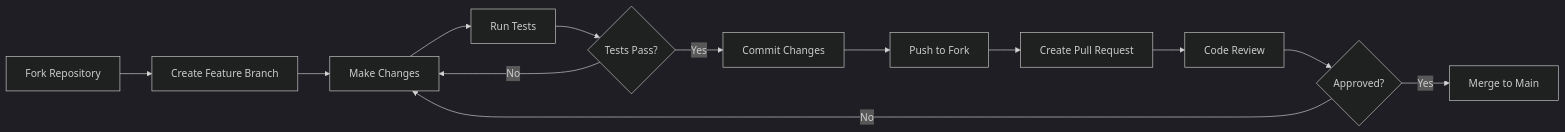
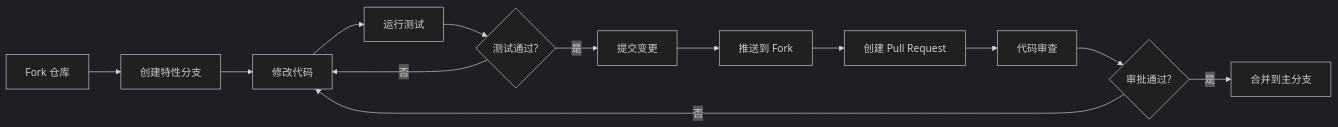
The third of 3 diagrams in README.md (gdmuna/nestjs-demo-basic), drawn with Mermaid (dark theme) before and after one commit. The commit also changed other lines of this file and 1 other file, not shown here.

````diff
--- a/README.md
+++ b/README.md
@@ -355,15 +355,15 @@
 ```mermaid
 flowchart LR
-    A[Fork Repository] --> B[Create Feature Branch]
-    B --> C[Make Changes]
-    C --> D[Run Tests]
-    D --> E{Tests Pass?}
-    E -->|No| C
-    E -->|Yes| F[Commit Changes]
-    F --> G[Push to Fork]
-    G --> H[Create Pull Request]
-    H --> I[Code Review]
-    I --> J{Approved?}
-    J -->|No| C
-    J -->|Yes| K[Merge to Main]
+    A[Fork 仓库] --> B[创建特性分支]
+    B --> C[修改代码]
+    C --> D[运行测试]
+    D --> E{测试通过?}
+    E -->|否| C
+    E -->|是| F[提交变更]
+    F --> G[推送到 Fork]
+    G --> H[创建 Pull Request]
+    H --> I[代码审查]
+    I --> J{审批通过?}
+    J -->|否| C
+    J -->|是| K[合并到主分支]
 ```
````
